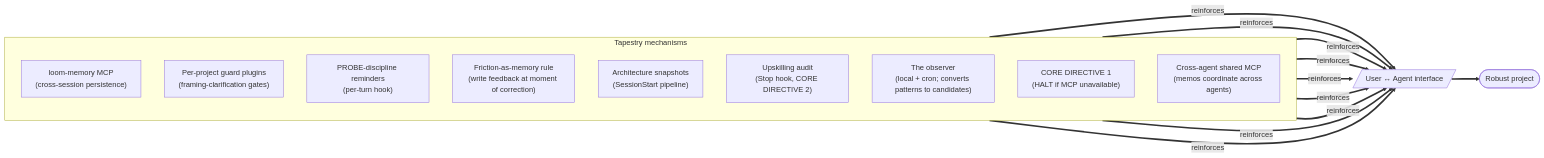
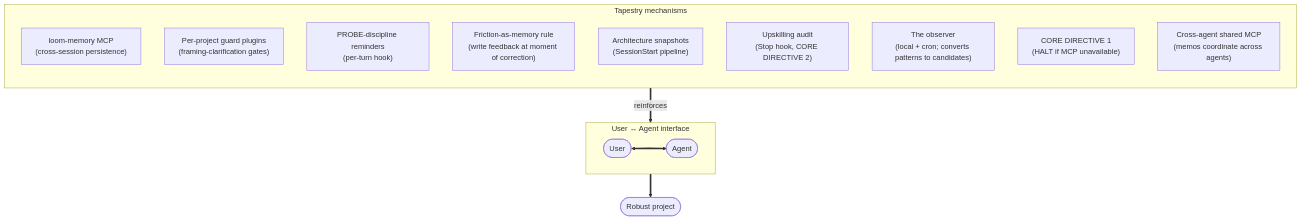
One commit to Lizo-RoadTown/tapestry changed the third of 5 diagrams in apps/docs-site/src/content/docs/explanation/discipline-stack.md. Above: the diagram before and after it, drawn with Mermaid. The commit also changed 1 other file, not shown here.

Commit message:
docs(site): v1.3.1 — fix cramped User/Agent triangle in reinforcement diagrams
The reinforcement diagrams on the Start-here and discipline-stack pages
had the same problem: in TB orientation, USER ↔ AGENT with a
'reinforced interface' edge between them caused mermaid to stack the
User, Agent, and Robust project nodes in a tiny vertical column.

Fix: wrap User and Agent in their own subgraph with direction LR so
they render side-by-side, and let the outer TB flow be
TAPESTRY → IFACE → Robust project.

````diff
--- a/apps/docs-site/src/content/docs/explanation/discipline-stack.md
+++ b/apps/docs-site/src/content/docs/explanation/discipline-stack.md
@@ -54,29 +54,27 @@
 ```mermaid
-flowchart LR
-  IFACE[/"User ↔ Agent interface"/]
-
+flowchart TB
   subgraph REINFORCEMENT["Tapestry mechanisms"]
     direction TB
     M1["loom-memory MCP<br/>(cross-session persistence)"]
     M2["Per-project guard plugins<br/>(framing-clarification gates)"]
     M3["PROBE-discipline reminders<br/>(per-turn hook)"]
     M4["Friction-as-memory rule<br/>(write feedback at moment of correction)"]
     M5["Architecture snapshots<br/>(SessionStart pipeline)"]
     M6["Upskilling audit<br/>(Stop hook, CORE DIRECTIVE 2)"]
     M7["The observer<br/>(local + cron; converts patterns to candidates)"]
     M8["CORE DIRECTIVE 1<br/>(HALT if MCP unavailable)"]
     M9["Cross-agent shared MCP<br/>(memos coordinate across agents)"]
   end
 
-  M1 ==>|"reinforces"| IFACE
-  M2 ==>|"reinforces"| IFACE
-  M3 ==>|"reinforces"| IFACE
-  M4 ==>|"reinforces"| IFACE
-  M5 ==>|"reinforces"| IFACE
-  M6 ==>|"reinforces"| IFACE
-  M7 ==>|"reinforces"| IFACE
-  M8 ==>|"reinforces"| IFACE
-  M9 ==>|"reinforces"| IFACE
+  subgraph IFACE["User ↔ Agent interface"]
+    direction LR
+    USER([User])
+    AGENT([Agent])
+    USER <==> AGENT
+  end
 
-  IFACE ==> STRONG([Robust project])
+  STRONG([Robust project])
+
+  REINFORCEMENT ==>|"reinforces"| IFACE
+  IFACE ==> STRONG
 ```
````
